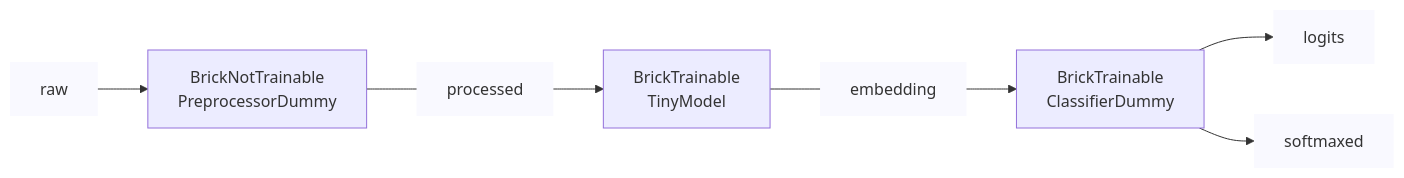
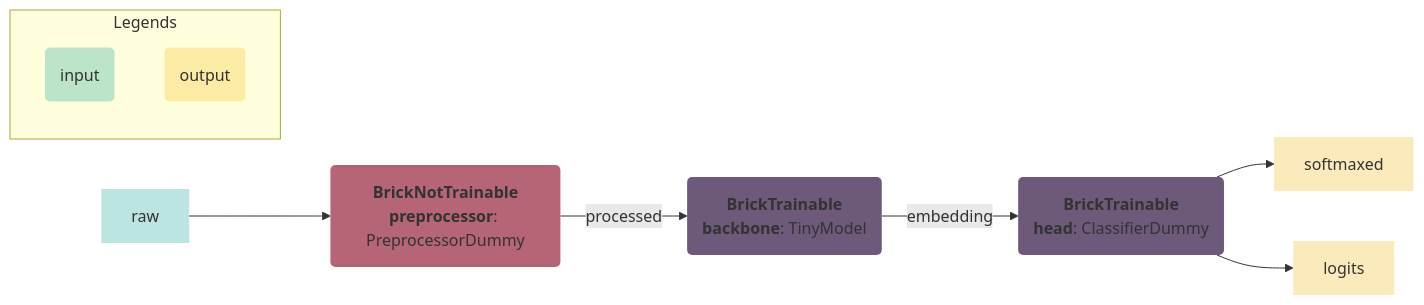
Before and after one commit to pete-machine/torchbricks: the first of 4 diagrams in README.md, drawn with Mermaid. The commit also changed other lines of this file and 3 other files, not shown here.

Commit message:
Use mermaid graphs in readme

````diff
--- a/README.md
+++ b/README.md
@@ -98,9 +91,29 @@
 ```mermaid
-graph LR
-    raw:::arrow --> preprocessor["BrickNotTrainable<br>PreprocessorDummy"] --- processed:::arrow
-    processed:::arrow --> backbone["BrickTrainable<br>TinyModel"] --- embedding:::arrow
-    embedding:::arrow --> head["BrickTrainable<br>ClassifierDummy"] --> logits:::arrow
-    head --> softmaxed:::arrow
-
-    classDef arrow stroke-width:0px,fill-opacity:0.3
+flowchart LR
+    %% Brick definitions
+    preprocessor("<strong>BrickNotTrainable</strong><br><strong>preprocessor</strong>: PreprocessorDummy"):::BrickNotTrainable
+    backbone("<strong>BrickTrainable</strong><br><strong>backbone</strong>: TinyModel"):::BrickTrainable
+    head("<strong>BrickTrainable</strong><br><strong>head</strong>: ClassifierDummy"):::BrickTrainable
+    
+    %% Draw input and outputs
+    raw:::input --> preprocessor
+    
+    %% Draw nodes and edges
+    preprocessor --> |processed| backbone
+    backbone --> |embedding| head
+    head --> softmaxed:::output
+    head --> logits:::output
+    
+    %% Add styling
+    classDef arrow stroke-width:0px,fill-opacity:0.0 
+    classDef input stroke-width:0px,fill-opacity:0.3,fill:#22A699 
+    classDef output stroke-width:0px,fill-opacity:0.3,fill:#F2BE22 
+    classDef BrickNotTrainable stroke-width:0px,fill:#B56576 
+    classDef BrickTrainable stroke-width:0px,fill:#6D597A 
+    
+    %% Add legends
+    subgraph Legends
+        input(input):::input
+        output(output):::output
+    end
 ```
````
